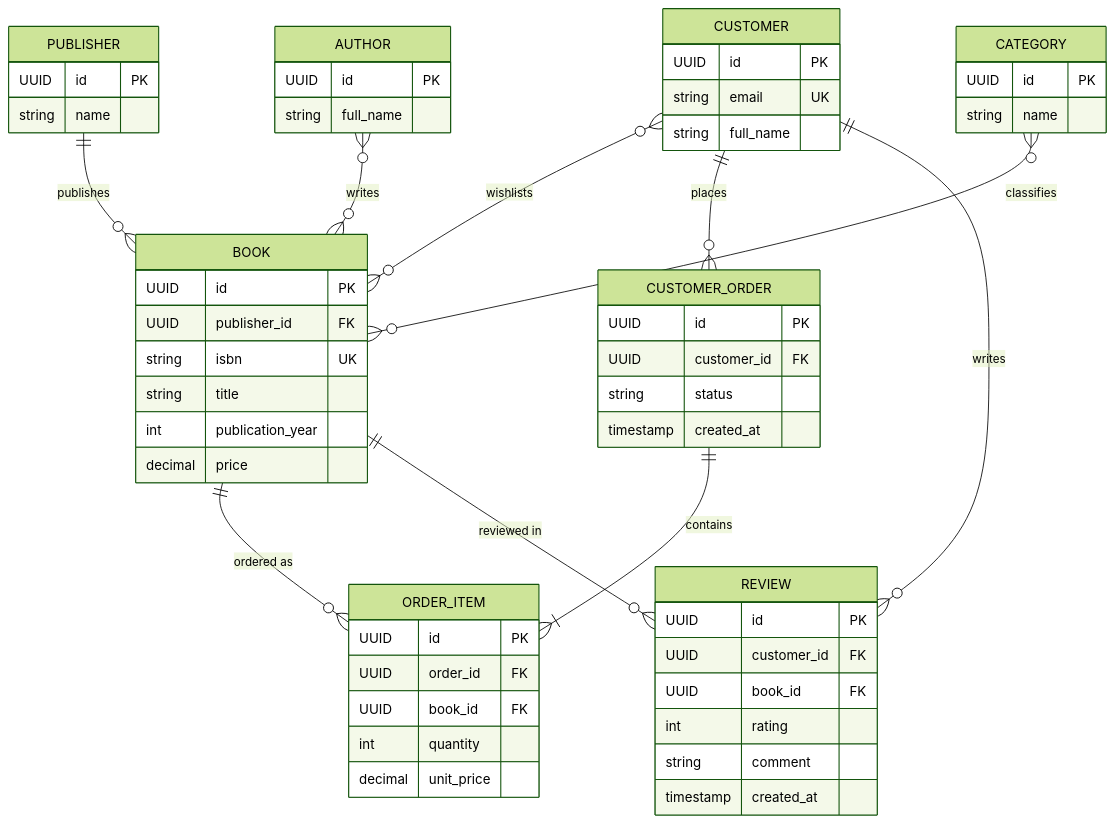
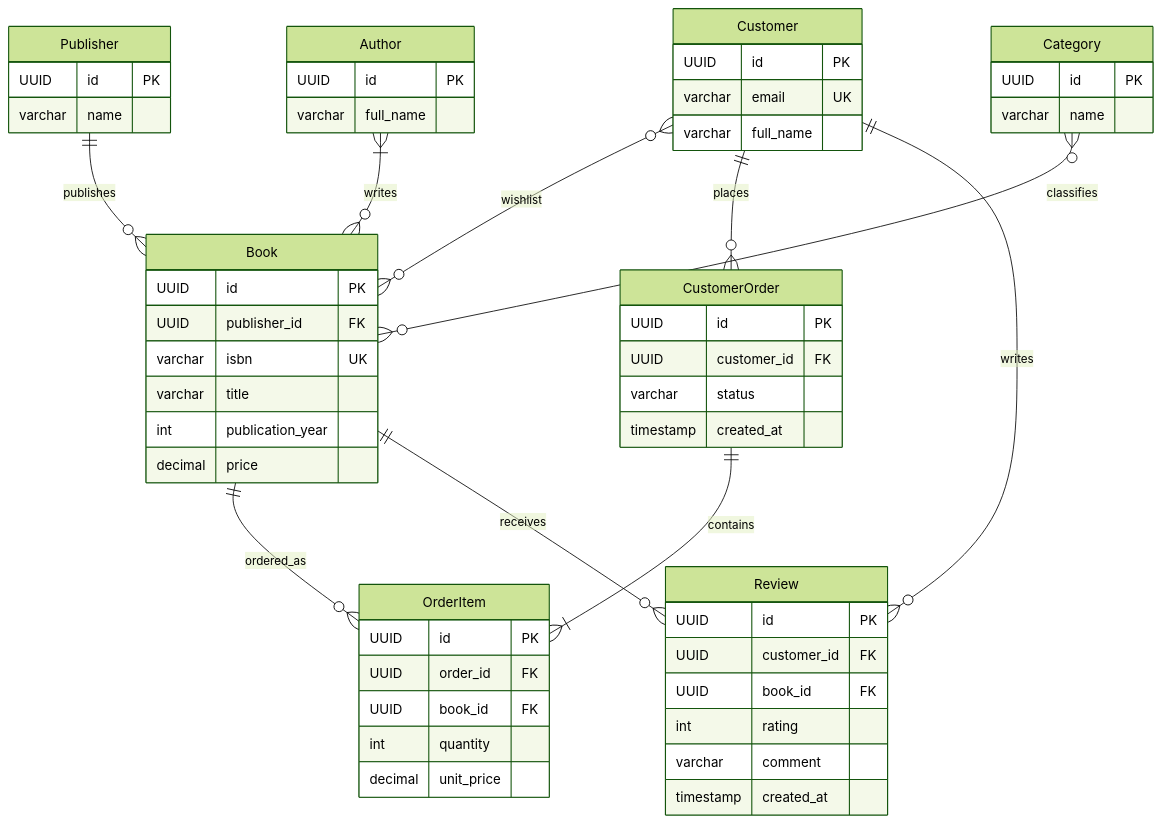
One commit to Saeghxx/KPI2 changed the diagram in Lab1/model/bookstore.mmd. Above: the diagram before and after it, drawn with Mermaid (forest theme).

Commit message:
model: перегенерація за spec v4

```diff
--- a/Lab1/model/bookstore.mmd
+++ b/Lab1/model/bookstore.mmd
@@ -1,57 +1,72 @@
 erDiagram
-    CUSTOMER {
+    Customer {
         UUID id PK
-        string email UK
-        string full_name
+        varchar email UK
+        varchar full_name
     }
-    PUBLISHER {
+
+    Publisher {
         UUID id PK
-        string name
+        varchar name
     }
-    AUTHOR {
+
+    Author {
         UUID id PK
-        string full_name
+        varchar full_name
     }
-    CATEGORY {
+
+    Category {
         UUID id PK
-        string name
+        varchar name
     }
-    BOOK {
+
+    Book {
         UUID id PK
         UUID publisher_id FK
-        string isbn UK
-        string title
+        varchar isbn UK
+        varchar title
         int publication_year
         decimal price
     }
-    CUSTOMER_ORDER {
+
+    CustomerOrder {
         UUID id PK
         UUID customer_id FK
-        string status
+        varchar status
         timestamp created_at
     }
-    ORDER_ITEM {
+
+    OrderItem {
         UUID id PK
         UUID order_id FK
         UUID book_id FK
         int quantity
         decimal unit_price
     }
-    REVIEW {
+
+    Review {
         UUID id PK
         UUID customer_id FK
         UUID book_id FK
         int rating
-        string comment
+        varchar comment
         timestamp created_at
     }
 
-    PUBLISHER ||--o{ BOOK : publishes
-    AUTHOR }o--o{ BOOK : writes
-    CATEGORY }o--o{ BOOK : classifies
-    CUSTOMER }o--o{ BOOK : wishlists
-    CUSTOMER ||--o{ CUSTOMER_ORDER : places
-    CUSTOMER_ORDER ||--|{ ORDER_ITEM : contains
-    BOOK ||--o{ ORDER_ITEM : "ordered as"
-    CUSTOMER ||--o{ REVIEW : writes
-    BOOK ||--o{ REVIEW : "reviewed in"
+    Publisher ||--o{ Book : publishes
+    Author }|--o{ Book : writes
+    Category }o--o{ Book : classifies
+    Customer }o--o{ Book : wishlist
+    Customer ||--o{ CustomerOrder : places
+    CustomerOrder ||--|{ OrderItem : contains
+    Book ||--o{ OrderItem : ordered_as
+    Customer ||--o{ Review : writes
+    Book ||--o{ Review : receives
+
+    %% Constraints not fully expressible in Mermaid:
+    %% 9. Every Book must have at least one Author.
+    %% 10. CustomerOrder.status IN (new, paid, shipped, cancelled).
+    %% 11. Review.rating is an integer from 1 to 5.
+    %% 12. UNIQUE (Review.customer_id, Review.book_id).
+    %% 13. UNIQUE (OrderItem.order_id, OrderItem.book_id).
+    %% 13. OrderItem.quantity >= 1.
```
